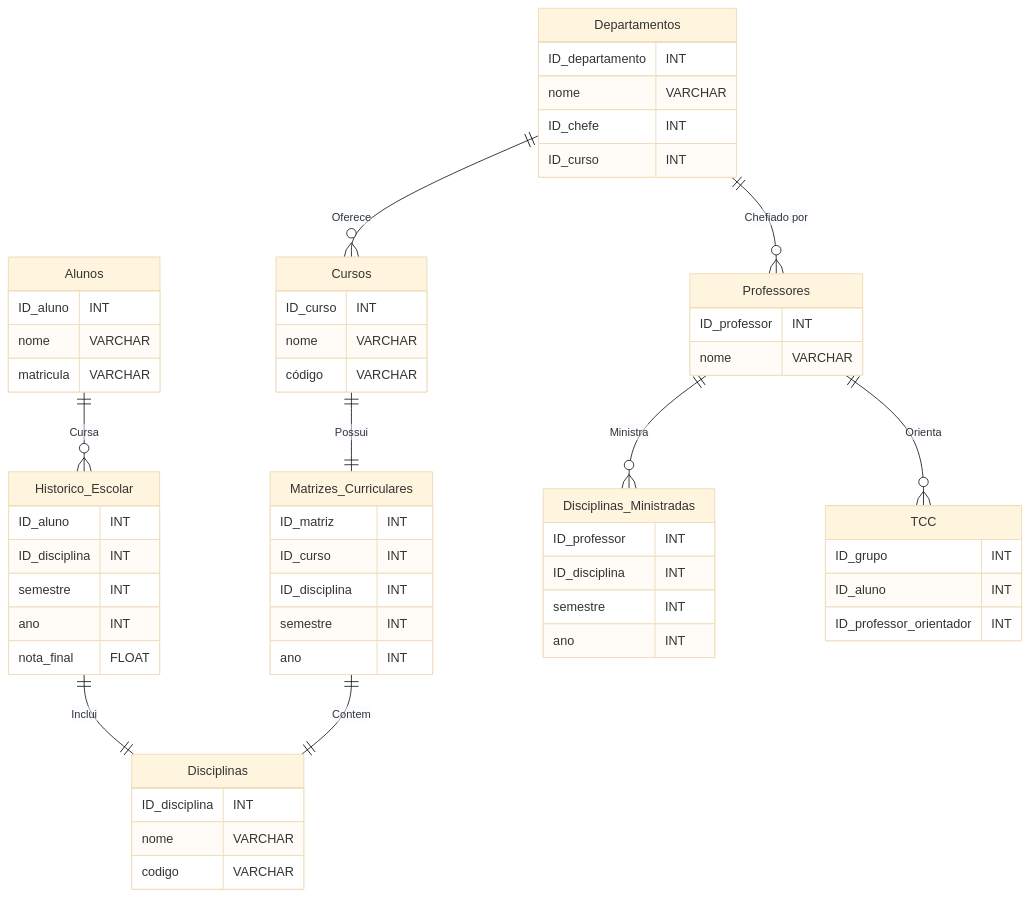
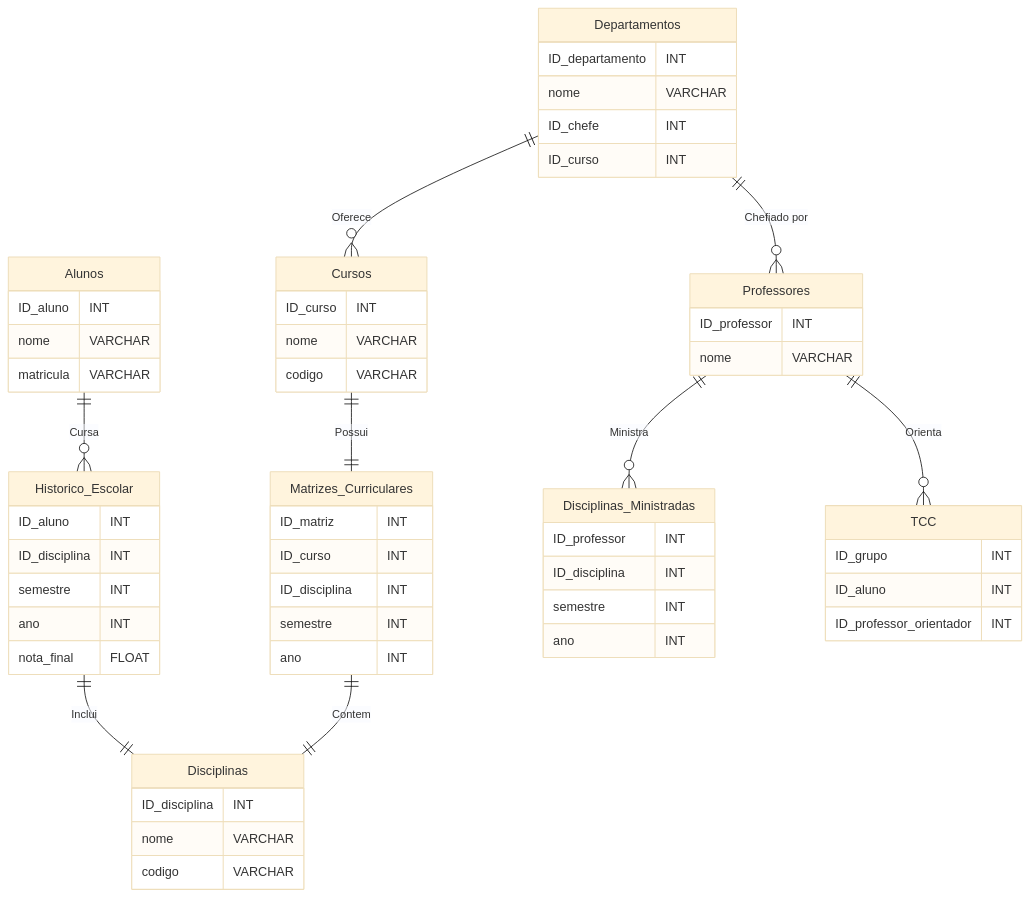
Before and after one commit to NeonBrasil/BancoDeDados: the diagram in README.md, drawn with Mermaid (base theme).

````diff
--- a/README.md
+++ b/README.md
@@ -6,63 +6,63 @@
 ``` mermaid
 erDiagram
     Alunos {
         ID_aluno INT
         nome VARCHAR
         matricula VARCHAR
     }
     Professores {
         ID_professor INT
         nome VARCHAR
     }
     Cursos {
         ID_curso INT
         nome VARCHAR
-        código VARCHAR
+        codigo VARCHAR
     }
     Departamentos {
         ID_departamento INT
         nome VARCHAR
         ID_chefe INT
         ID_curso INT
     }
     Disciplinas {
         ID_disciplina INT
         nome VARCHAR
         codigo VARCHAR
     }
     Matrizes_Curriculares {
         ID_matriz INT
         ID_curso INT
         ID_disciplina INT
         semestre INT
         ano INT
     }
     Historico_Escolar {
         ID_aluno INT
         ID_disciplina INT
         semestre INT
         ano INT
         nota_final FLOAT
     }
     Disciplinas_Ministradas {
         ID_professor INT
         ID_disciplina INT
         semestre INT
         ano INT
     }
     TCC {
         ID_grupo INT
         ID_aluno INT
         ID_professor_orientador INT
     }
 
     Alunos ||--o{ Historico_Escolar : "Cursa"
     Historico_Escolar ||--|| Disciplinas : "Inclui"
     Professores ||--o{ Disciplinas_Ministradas : "Ministra"
     Professores ||--o{ TCC : "Orienta"
     Departamentos ||--o{ Professores : "Chefiado por"
     Departamentos ||--o{ Cursos : "Oferece"
     Cursos ||--|| Matrizes_Curriculares : "Possui"
     Matrizes_Curriculares ||--|| Disciplinas : "Contem"
 
 ```
````
